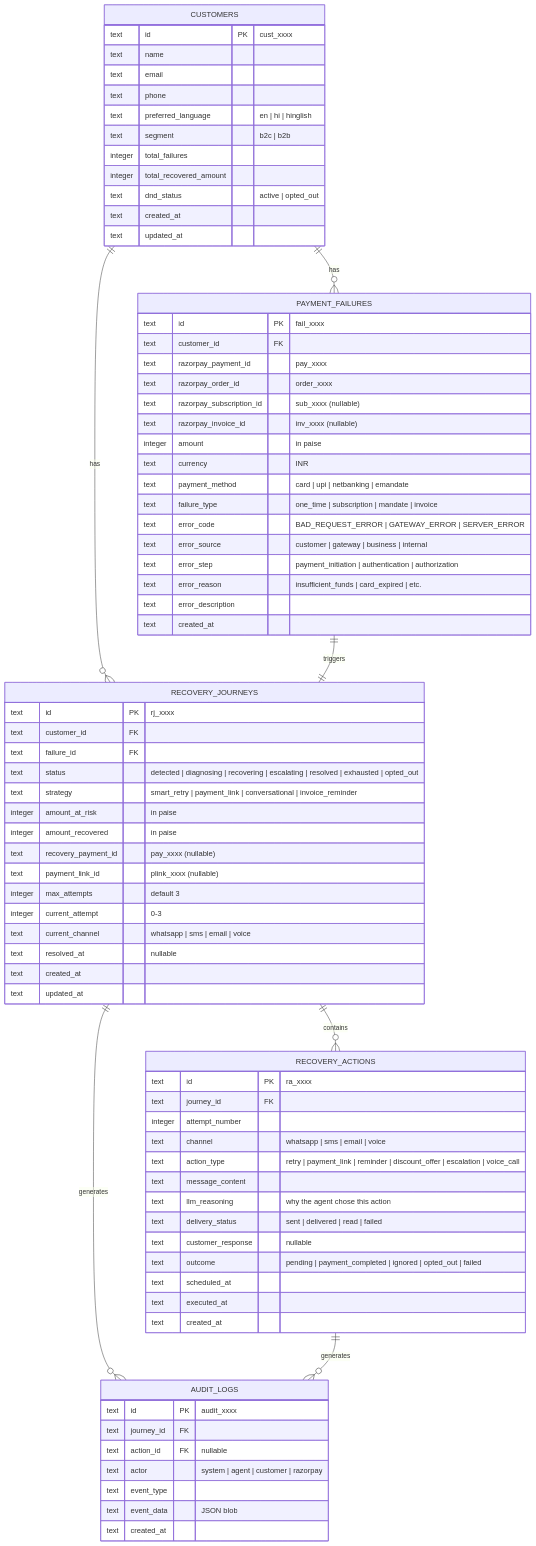
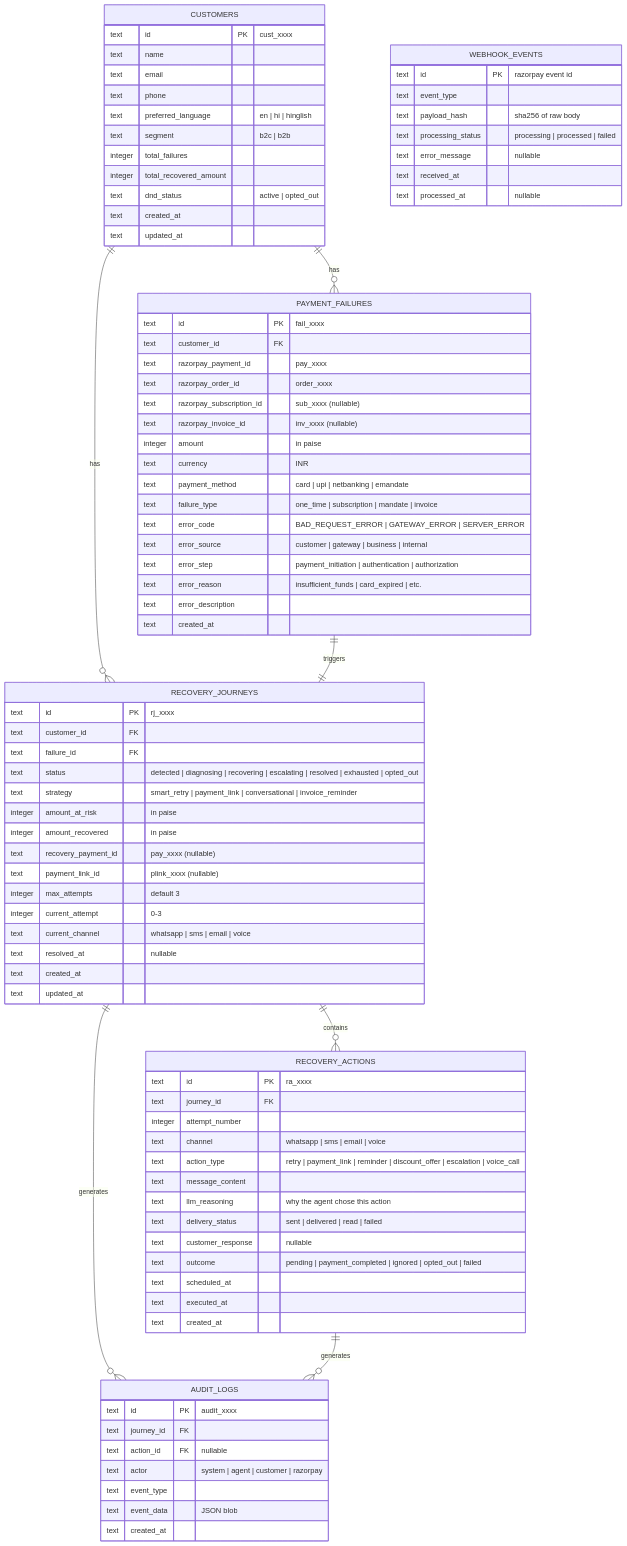
Before and after one commit to archittmittal/Recover-AI: the second of 3 diagrams in docs/PROJECT_DOCUMENTATION.md, drawn with Mermaid. The commit also changed other lines of this file and 5 other files, not shown here.

````diff
--- a/docs/PROJECT_DOCUMENTATION.md
+++ b/docs/PROJECT_DOCUMENTATION.md
@@ -329,4 +329,14 @@
         text event_data "JSON blob"
         text created_at
     }
+
+    WEBHOOK_EVENTS {
+        text id PK "razorpay event id"
+        text event_type
+        text payload_hash "sha256 of raw body"
+        text processing_status "processing | processed | failed"
+        text error_message "nullable"
+        text received_at
+        text processed_at "nullable"
+    }
 ```
````
